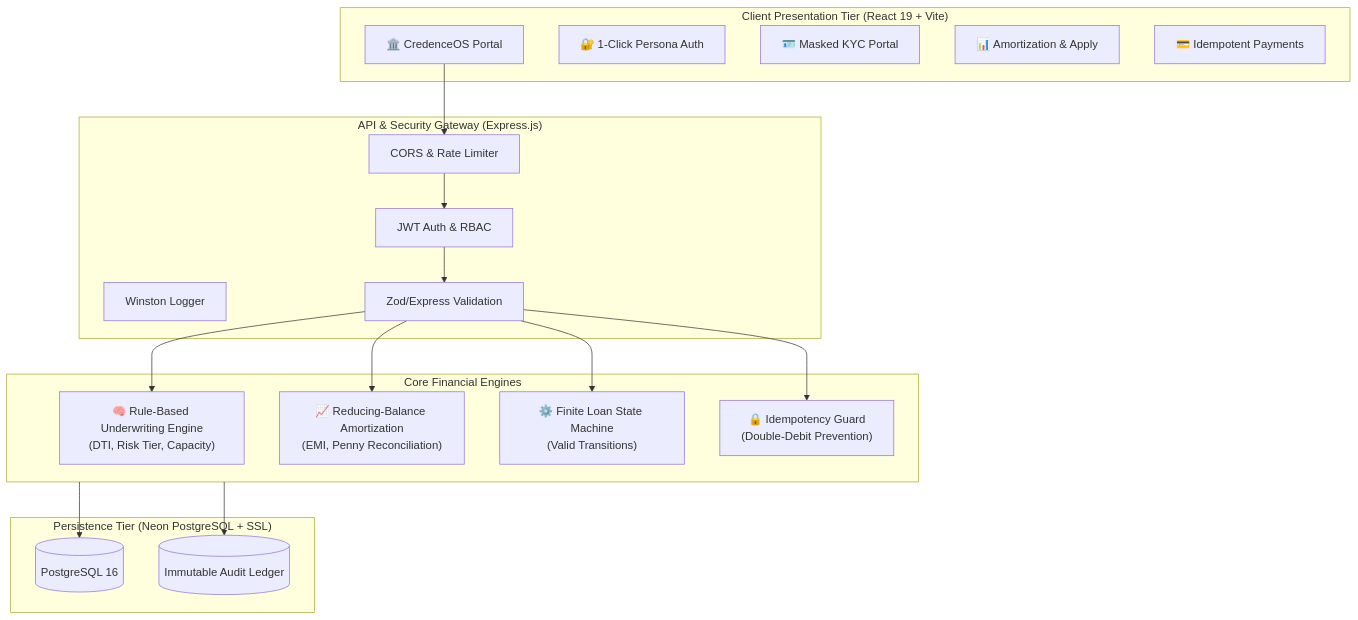
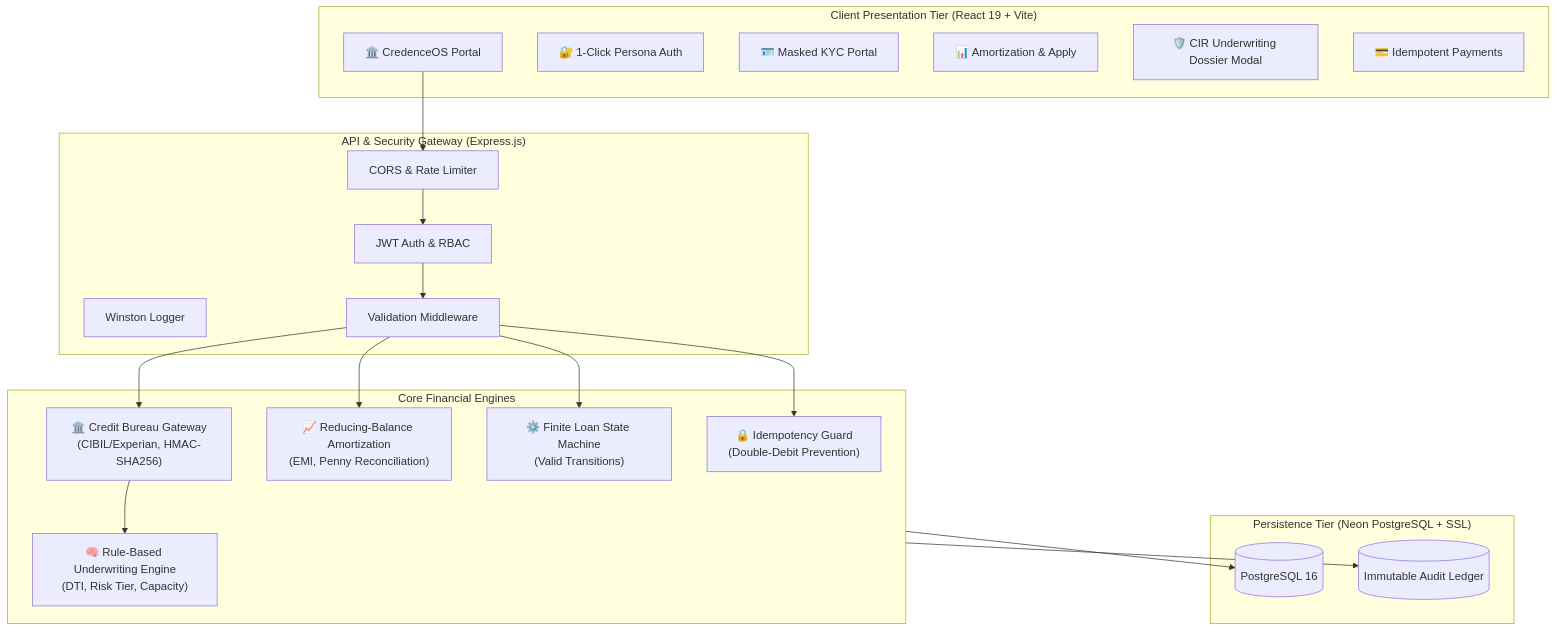
One commit to Aditya16703/CredenceOS- changed the diagram in README.md. Above: the diagram before and after it, drawn with Mermaid. The commit also changed other lines of this file and 7 other files, not shown here.

Commit message:
feat(underwriting): add institutional credit bureau gateway, tamper verification, and UI audit dossier

````diff
--- a/README.md
+++ b/README.md
@@ -74,39 +76,42 @@
 ```mermaid
 flowchart TD
     subgraph Client ["Client Presentation Tier (React 19 + Vite)"]
         UI["🏛️ CredenceOS Portal"]
         AuthM["🔐 1-Click Persona Auth"]
         KYCU["🪪 Masked KYC Portal"]
         LoanU["📊 Amortization & Apply"]
+        CIRU["🛡️ CIR Underwriting Dossier Modal"]
         PayU["💳 Idempotent Payments"]
     end
 
     subgraph Gateway ["API & Security Gateway (Express.js)"]
         CORS["CORS & Rate Limiter"]
         JWT["JWT Auth & RBAC"]
         Winston["Winston Logger"]
-        Val["Zod/Express Validation"]
+        Val["Validation Middleware"]
     end
 
     subgraph Engines ["Core Financial Engines"]
+        CBG["🏛️ Credit Bureau Gateway\n(CIBIL/Experian, HMAC-SHA256)"]
         UWE["🧠 Rule-Based Underwriting Engine\n(DTI, Risk Tier, Capacity)"]
         AME["📈 Reducing-Balance Amortization\n(EMI, Penny Reconciliation)"]
         SME["⚙️ Finite Loan State Machine\n(Valid Transitions)"]
         IDE["🔒 Idempotency Guard\n(Double-Debit Prevention)"]
     end
 
     subgraph DataTier ["Persistence Tier (Neon PostgreSQL + SSL)"]
         DB[(PostgreSQL 16)]
         AL[(Immutable Audit Ledger)]
     end
 
     UI --> CORS
     CORS --> JWT
     JWT --> Val
-    Val --> UWE
+    Val --> CBG
+    CBG --> UWE
     Val --> AME
     Val --> SME
     Val --> IDE
     Engines --> DB
     Engines --> AL
 ```
````
